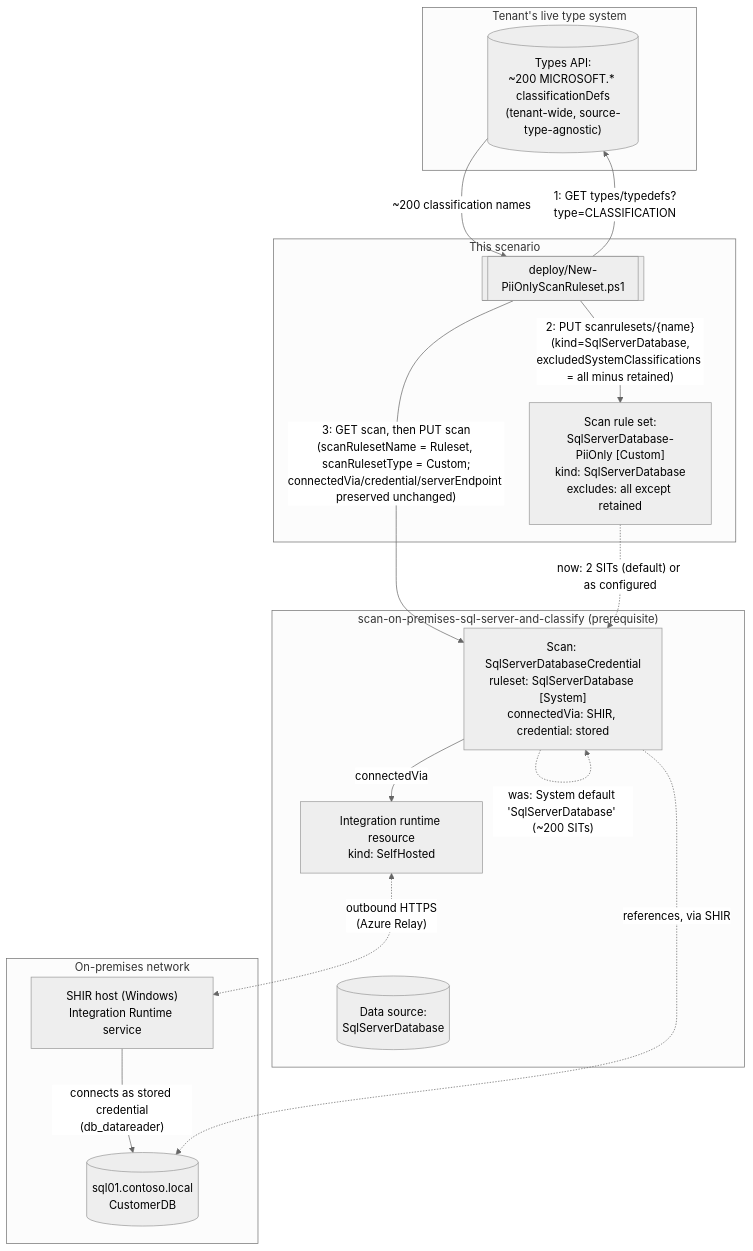
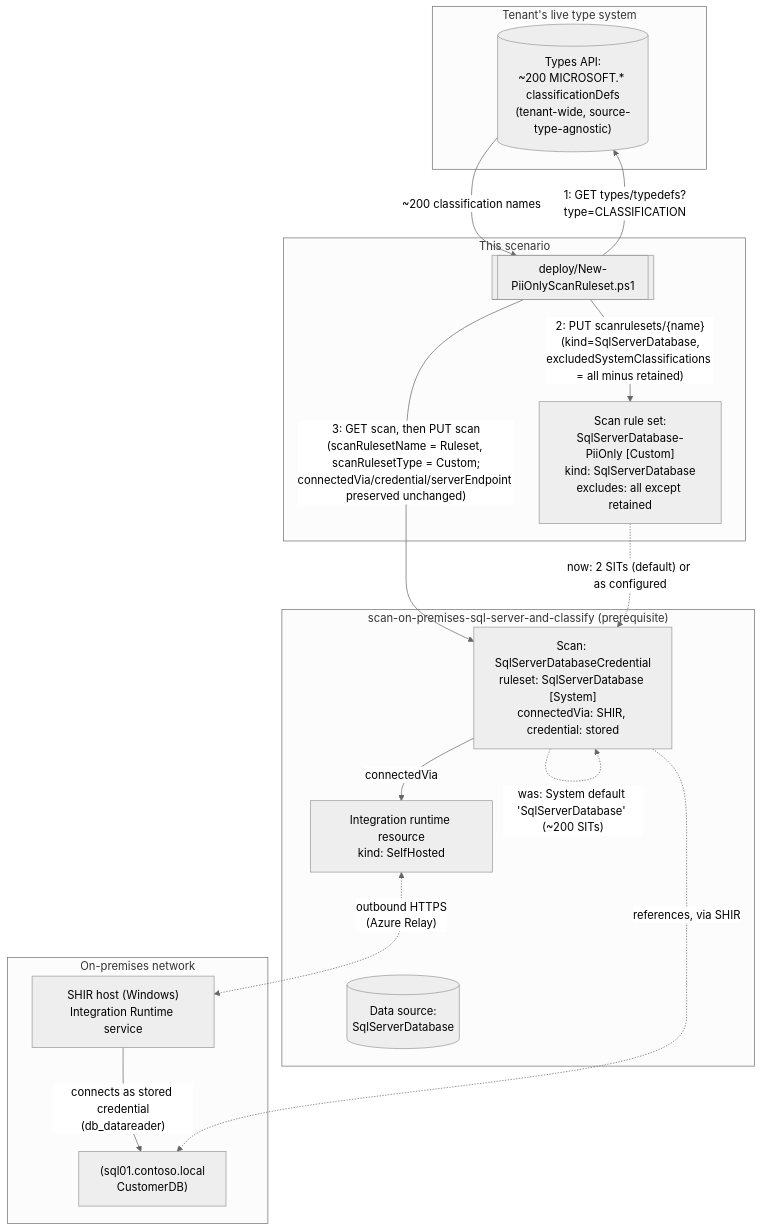
Before and after one commit to kpsec1/kpsec1.github.io: the diagram in src/content/scenarios/data-map/scan-on-premises-sql-server-and-classify-pii-ruleset.design.md, drawn with Mermaid (neutral theme). The commit also changed 80 other files, not shown here.

First line of the commit message:
Fix Mermaid diagram rendering across all scenarios

````diff
--- a/src/content/scenarios/data-map/scan-on-premises-sql-server-and-classify-pii-ruleset.design.md
+++ b/src/content/scenarios/data-map/scan-on-premises-sql-server-and-classify-pii-ruleset.design.md
@@ -91,35 +91,35 @@
 ```mermaid
 flowchart TD
     subgraph OnPrem["On-premises network"]
-        SQL[(sql01.contoso.local<br/>CustomerDB)]
+        SQL["(sql01.contoso.local<br/>CustomerDB)"]
         SHIRHost["SHIR host (Windows)<br/>Integration Runtime service"]
     end
 
     subgraph Base["scan-on-premises-sql-server-and-classify (prerequisite)"]
         IR["Integration runtime resource<br/>kind: SelfHosted"]
         DS[("Data source:<br/>SqlServerDatabase")]
         Scan["Scan: SqlServerDatabaseCredential<br/>ruleset: SqlServerDatabase [System]<br/>connectedVia: SHIR, credential: stored"]
     end
 
     subgraph Tenant["Tenant's live type system"]
         Types[("Types API:<br/>~200 MICROSOFT.* classificationDefs<br/>(tenant-wide, source-type-agnostic)")]
     end
 
     subgraph ThisScenario["This scenario"]
         Ruleset["Scan rule set:<br/>SqlServerDatabase-PiiOnly [Custom]<br/>kind: SqlServerDatabase<br/>excludes: all except retained"]
         Deployer[["deploy/New-PiiOnlyScanRuleset.ps1"]]
     end
 
     Deployer -- "1: GET types/typedefs?type=CLASSIFICATION" --> Types
     Types -- "~200 classification names" --> Deployer
     Deployer -- "2: PUT scanrulesets/{name}<br/>(kind=SqlServerDatabase,<br/>excludedSystemClassifications = all minus retained)" --> Ruleset
     Deployer -- "3: GET scan, then PUT scan<br/>(scanRulesetName = Ruleset, scanRulesetType = Custom;<br/>connectedVia/credential/serverEndpoint preserved unchanged)" --> Scan
 
     Scan -.->|"was: System default 'SqlServerDatabase' (~200 SITs)"| Scan
     Ruleset -.->|"now: 2 SITs (default) or as configured"| Scan
 
     Scan -- "connectedVia" --> IR
     IR <-.->|"outbound HTTPS<br/>(Azure Relay)"| SHIRHost
     SHIRHost -- "connects as stored credential<br/>(db_datareader)" --> SQL
     Scan -.->|"references, via SHIR"| SQL
 ```
````
